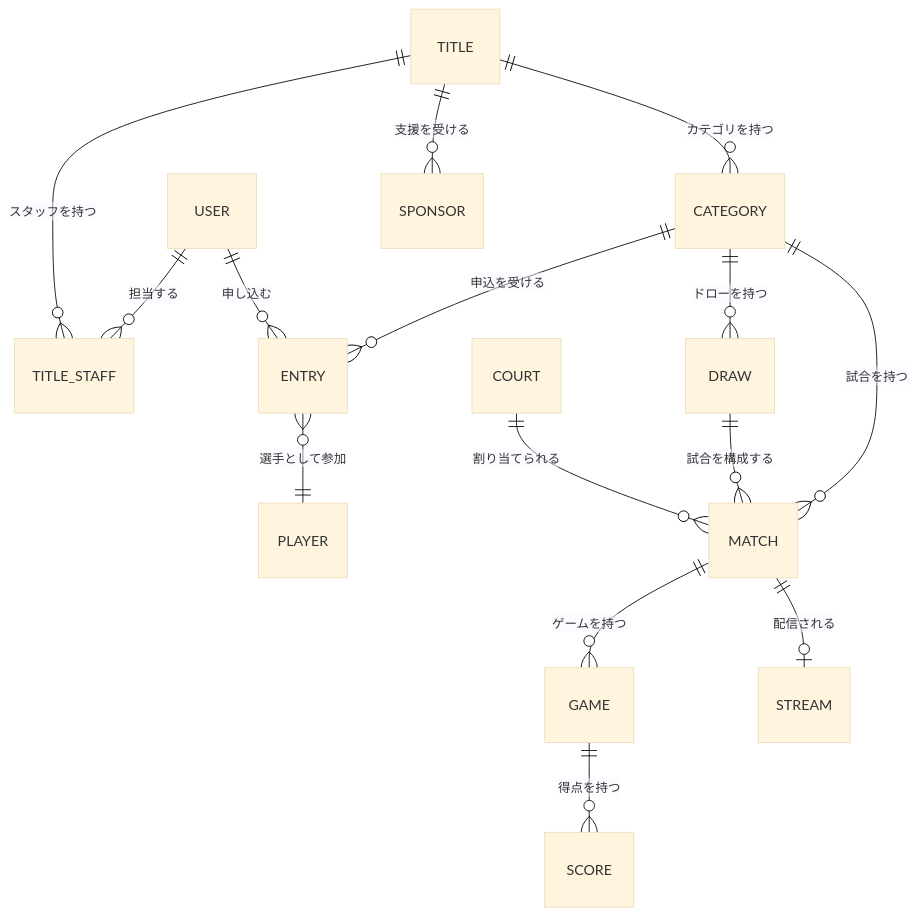
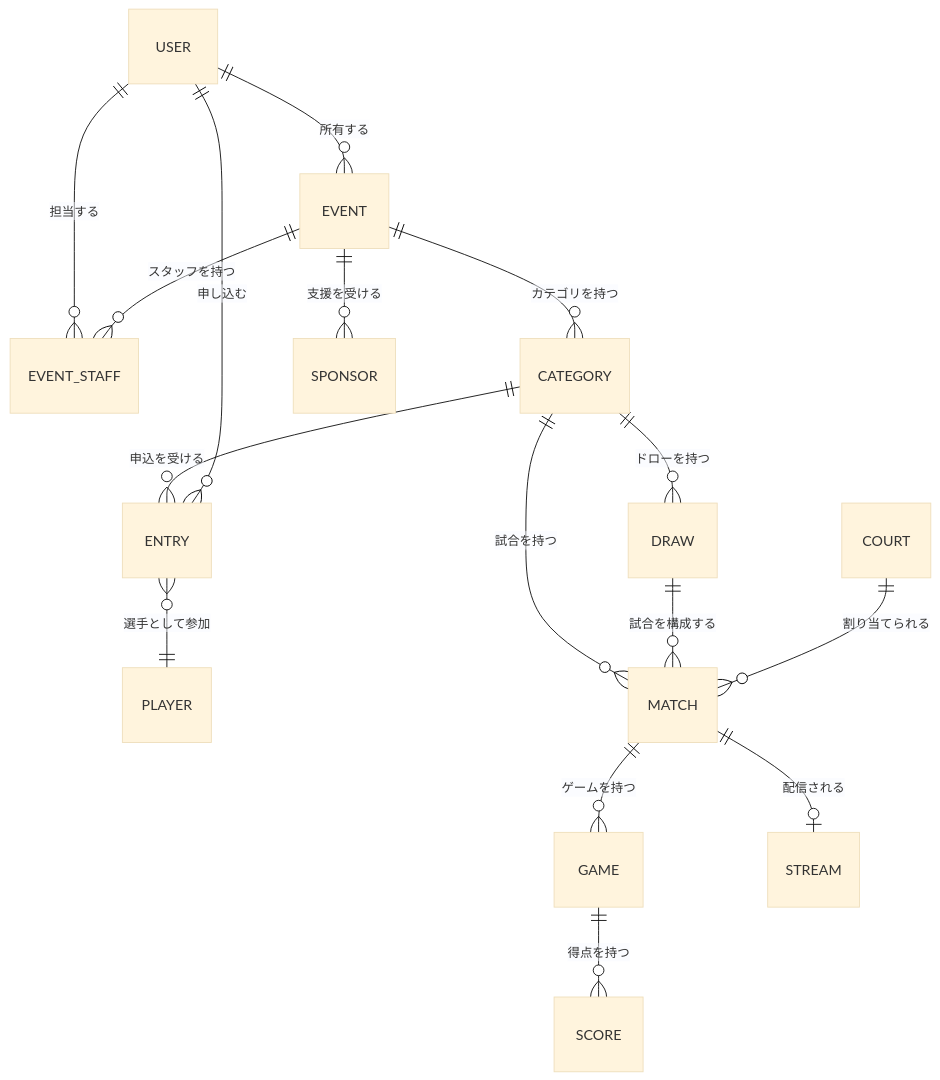
Before and after one commit to Miraisosha/S-NICK-Platform: diagram 11 of 11 in docs/03_service-domain-plan.md, drawn with Mermaid (base theme). The commit also changed other lines of this file and 33 other files, not shown here.

````diff
--- a/docs/03_service-domain-plan.md
+++ b/docs/03_service-domain-plan.md
@@ -755,17 +960,18 @@
 ```mermaid
 erDiagram
-    USER ||--o{ TITLE_STAFF : "担当する"
-    TITLE ||--o{ TITLE_STAFF : "スタッフを持つ"
-    TITLE ||--o{ CATEGORY : "カテゴリを持つ"
-    TITLE ||--o{ SPONSOR : "支援を受ける"
+    USER ||--o{ EVENT : "所有する"
+    USER ||--o{ EVENT_STAFF : "担当する"
+    EVENT ||--o{ EVENT_STAFF : "スタッフを持つ"
+    EVENT ||--o{ CATEGORY : "カテゴリを持つ"
+    EVENT ||--o{ SPONSOR : "支援を受ける"
     CATEGORY ||--o{ ENTRY : "申込を受ける"
     USER ||--o{ ENTRY : "申し込む"
     ENTRY }o--|| PLAYER : "選手として参加"
     CATEGORY ||--o{ DRAW : "ドローを持つ"
     CATEGORY ||--o{ MATCH : "試合を持つ"
     DRAW ||--o{ MATCH : "試合を構成する"
     COURT ||--o{ MATCH : "割り当てられる"
     MATCH ||--o{ GAME : "ゲームを持つ"
     GAME ||--o{ SCORE : "得点を持つ"
     MATCH ||--o| STREAM : "配信される"
 ```
````
